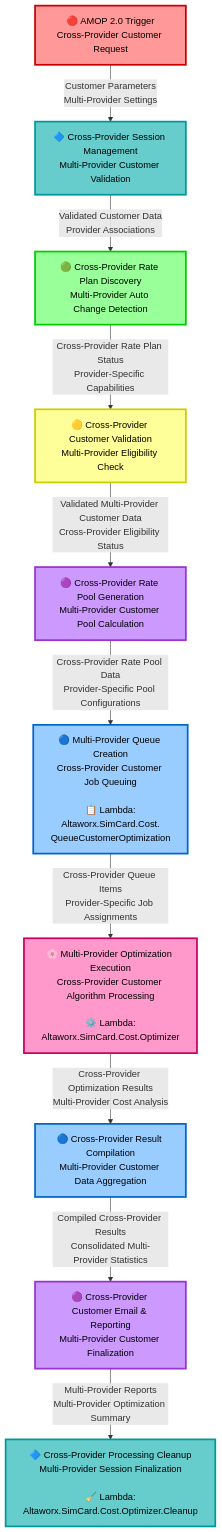
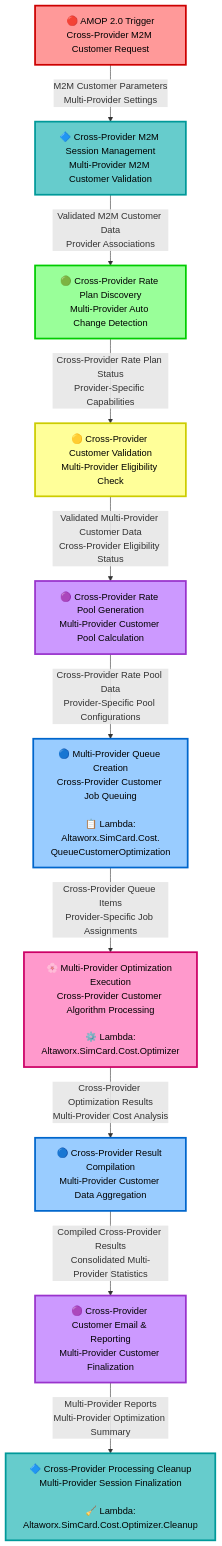
Before and after one commit to hemalathapampana/Customer_Optimization: the diagram in cross_provider_optimization_dfd.md, drawn with Mermaid. The commit also changed other lines of this file, not shown here.

````diff
--- a/cross_provider_optimization_dfd.md
+++ b/cross_provider_optimization_dfd.md
@@ -5,38 +6,38 @@
 ```mermaid
 flowchart TD
-    A["🔴 AMOP 2.0 Trigger<br/>Cross-Provider Customer Request"] --> |Customer Parameters<br/>Multi-Provider Settings| B
+    A["🔴 AMOP 2.0 Trigger<br/>Cross-Provider M2M Customer Request"] --> |M2M Customer Parameters<br/>Multi-Provider Settings| B
     
-    B["🔷 Cross-Provider Session Management<br/>Multi-Provider Customer Validation"] --> |Validated Customer Data<br/>Provider Associations| C
+    B["🔷 Cross-Provider M2M Session Management<br/>Multi-Provider M2M Customer Validation"] --> |Validated M2M Customer Data<br/>Provider Associations| C
     
     C["🟢 Cross-Provider Rate Plan Discovery<br/>Multi-Provider Auto Change Detection"] --> |Cross-Provider Rate Plan Status<br/>Provider-Specific Capabilities| D
     
     D["🟡 Cross-Provider Customer Validation<br/>Multi-Provider Eligibility Check"] --> |Validated Multi-Provider Customer Data<br/>Cross-Provider Eligibility Status| E
     
     E["🟣 Cross-Provider Rate Pool Generation<br/>Multi-Provider Customer Pool Calculation"] --> |Cross-Provider Rate Pool Data<br/>Provider-Specific Pool Configurations| F
     
     F["🔵 Multi-Provider Queue Creation<br/>Cross-Provider Customer Job Queuing<br/><br/>📋 Lambda:<br/>Altaworx.SimCard.Cost.<br/>QueueCustomerOptimization"] --> |Cross-Provider Queue Items<br/>Provider-Specific Job Assignments| G
     
     G["🌸 Multi-Provider Optimization Execution<br/>Cross-Provider Customer Algorithm Processing<br/><br/>⚙️ Lambda:<br/>Altaworx.SimCard.Cost.Optimizer"] --> |Cross-Provider Optimization Results<br/>Multi-Provider Cost Analysis| H
     
     H["🔵 Cross-Provider Result Compilation<br/>Multi-Provider Customer Data Aggregation"] --> |Compiled Cross-Provider Results<br/>Consolidated Multi-Provider Statistics| I
     
     I["🟣 Cross-Provider Customer Email & Reporting<br/>Multi-Provider Customer Finalization"] --> |Multi-Provider Reports<br/>Multi-Provider Optimization Summary| J
     
     J["🔷 Cross-Provider Processing Cleanup<br/>Multi-Provider Session Finalization<br/><br/>🧹 Lambda:<br/>Altaworx.SimCard.Cost.Optimizer.Cleanup"]
 
     classDef redBox fill:#ff9999,stroke:#cc0000,stroke-width:3px,color:#000000
     classDef tealBox fill:#66cccc,stroke:#009999,stroke-width:3px,color:#000000
     classDef greenBox fill:#99ff99,stroke:#00cc00,stroke-width:3px,color:#000000
     classDef yellowBox fill:#ffff99,stroke:#cccc00,stroke-width:3px,color:#000000
     classDef purpleBox fill:#cc99ff,stroke:#9933cc,stroke-width:3px,color:#000000
     classDef blueBox fill:#99ccff,stroke:#0066cc,stroke-width:3px,color:#000000
     classDef pinkBox fill:#ff99cc,stroke:#cc0066,stroke-width:3px,color:#000000
 
     class A redBox
     class B,J tealBox
     class C greenBox
     class D yellowBox
     class E,I purpleBox
     class F,H blueBox
     class G pinkBox
 ```
````
